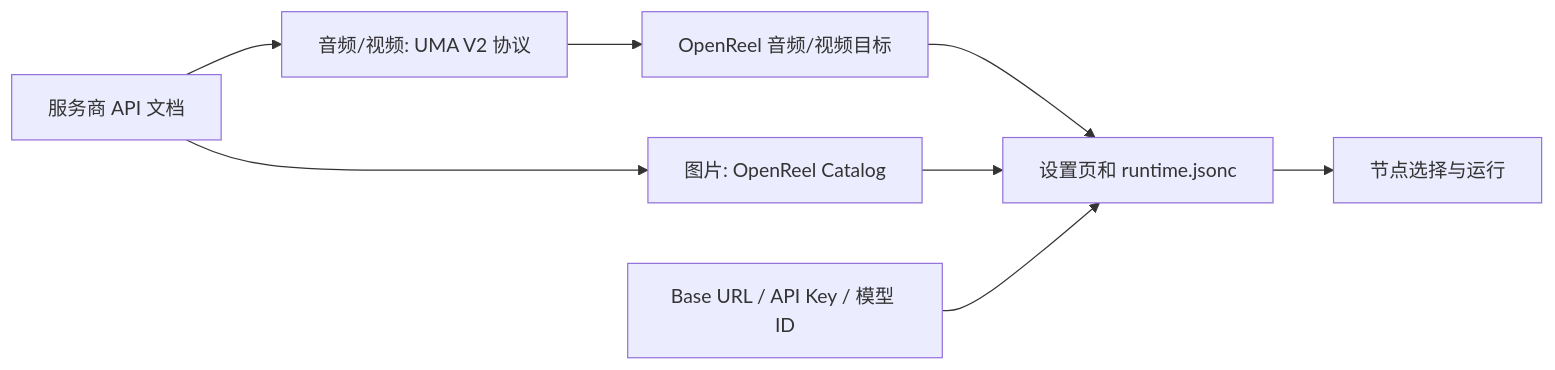
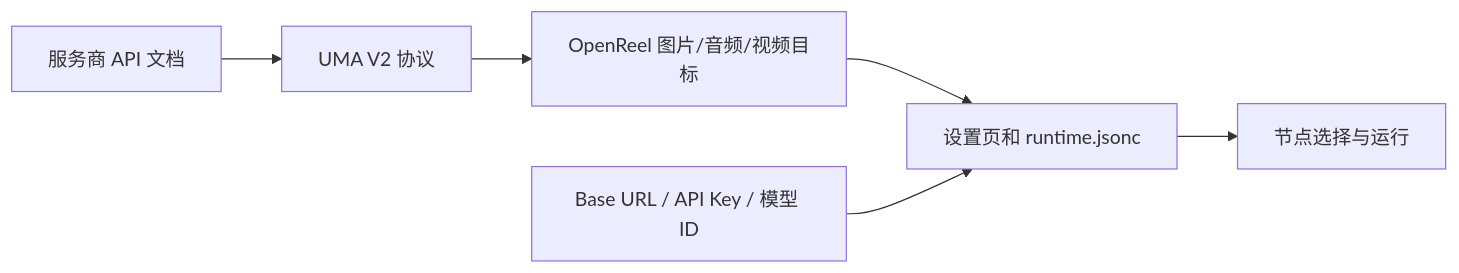
Before and after one commit to yutianxiao6/openreel-studio: the first of 2 diagrams in docs/zh-CN/model-providers.md, drawn with Mermaid. The commit also changed other lines of this file and 28 other files, not shown here.

````diff
--- a/docs/zh-CN/model-providers.md
+++ b/docs/zh-CN/model-providers.md
@@ -24,10 +22,8 @@
 ```mermaid
 flowchart LR
-  A[服务商 API 文档] --> B[音频/视频: UMA V2 协议]
-  A --> C[图片: OpenReel Catalog]
-  B --> D[OpenReel 音频/视频目标]
+  A[服务商 API 文档] --> B[UMA V2 协议]
+  B --> D[OpenReel 图片/音频/视频目标]
   D --> E[设置页和 runtime.jsonc]
-  C --> E
   F[Base URL / API Key / 模型 ID] --> E
   E --> G[节点选择与运行]
 ```
````
